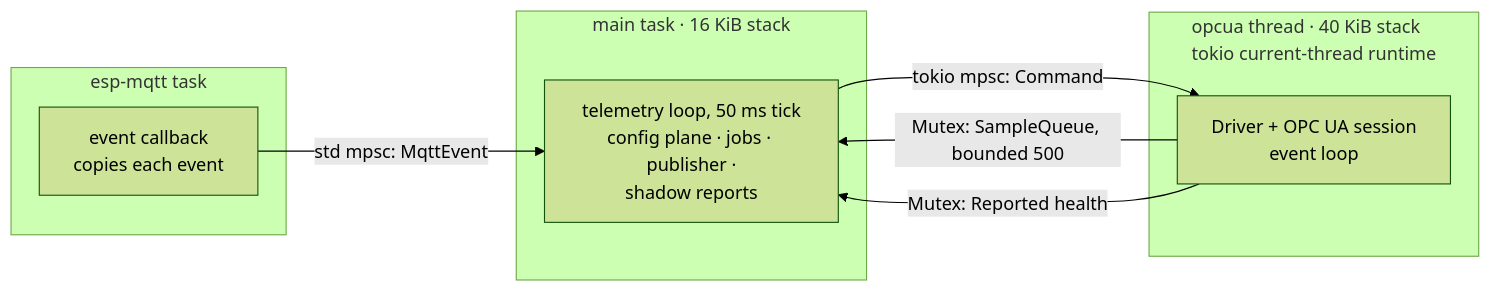
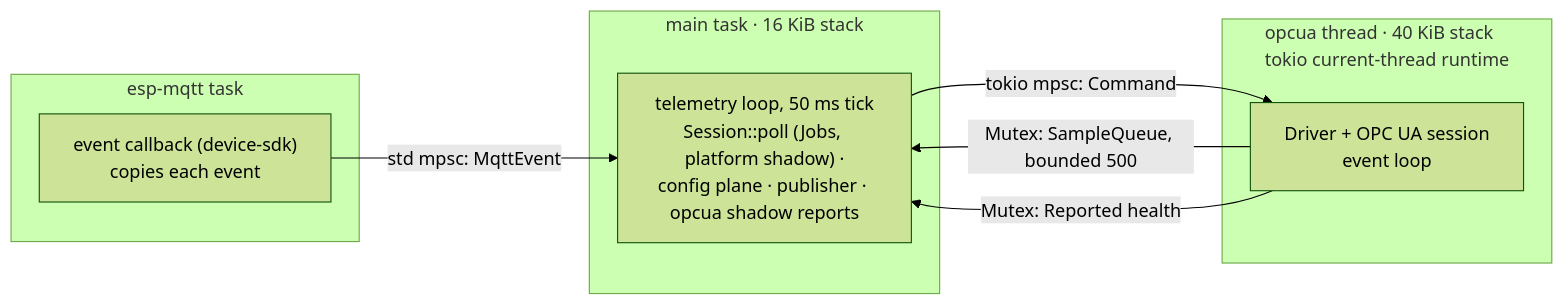
Before and after one commit to ergousha/esp32-opcua-gateway-rust: the third of 10 diagrams in README.md, drawn with Mermaid (forest theme). The commit also changed other lines of this file and 37 other files, not shown here.

First line of the commit message:
feat: move the cloud link onto the platform device SDK; transitional WiFi move

````diff
--- a/README.md
+++ b/README.md
@@ -145,17 +163,17 @@
 ```mermaid
 flowchart LR
     subgraph mqtttask["esp-mqtt task"]
-        cb["event callback<br/>copies each event"]
+        cb["event callback (device-sdk)<br/>copies each event"]
     end
     subgraph maintask["main task · 16 KiB stack"]
-        ml["telemetry loop, 50 ms tick<br/>config plane · jobs · publisher ·<br/>shadow reports"]
+        ml["telemetry loop, 50 ms tick<br/>Session::poll (Jobs, platform shadow) ·<br/>config plane · publisher · opcua shadow reports"]
     end
     subgraph opcuathread["opcua thread · 40 KiB stack<br/>tokio current-thread runtime"]
         drv["Driver + OPC UA session<br/>event loop"]
     end
 
     cb -->|"std mpsc: MqttEvent"| ml
     ml -->|"tokio mpsc: Command"| drv
     drv -->|"Mutex: SampleQueue, bounded 500"| ml
     drv -->|"Mutex: Reported health"| ml
 ```
````
